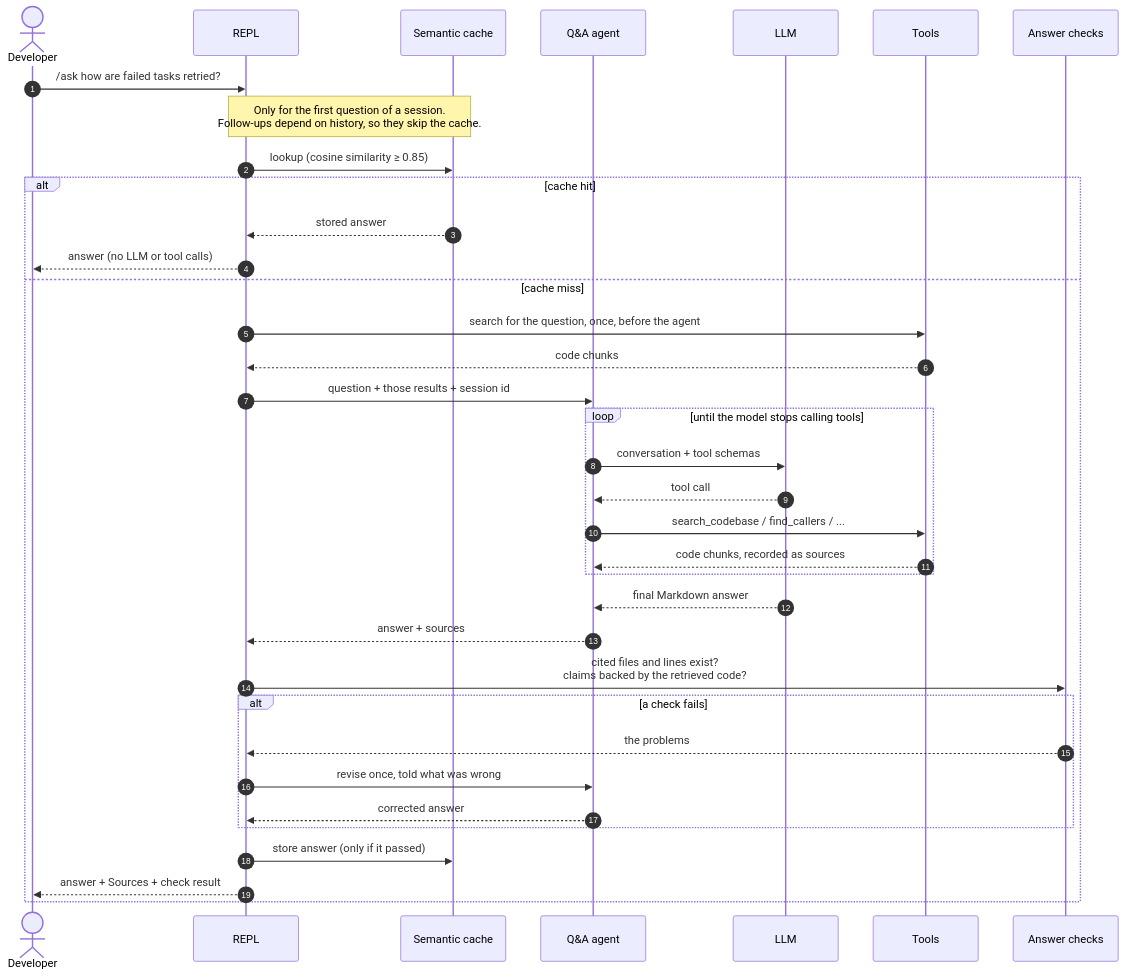
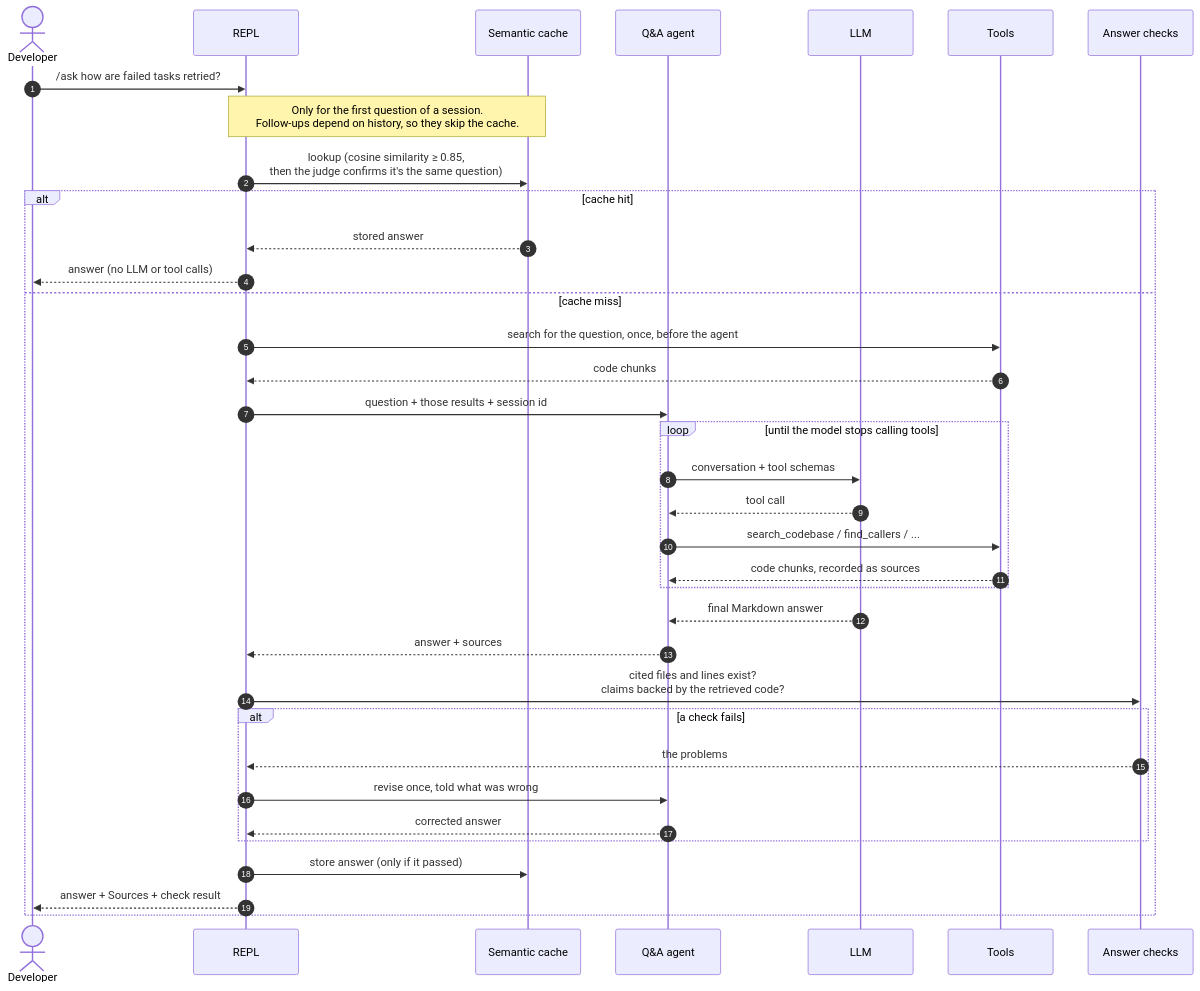
The second of 7 diagrams in docs/architecture.md (Parth-Babariya/RepoPilot), drawn with Mermaid before and after one commit. The commit also changed other lines of this file and 12 other files, not shown here.

````diff
--- a/docs/architecture.md
+++ b/docs/architecture.md
@@ -90,39 +90,39 @@
 ```mermaid
 sequenceDiagram
     autonumber
     actor U as Developer
     participant R as REPL
     participant C as Semantic cache
     participant A as Q&A agent
     participant L as LLM
     participant T as Tools
     participant V as Answer checks
 
     U->>R: /ask how are failed tasks retried?
     Note over R,C: Only for the first question of a session.<br/>Follow-ups depend on history, so they skip the cache.
-    R->>C: lookup (cosine similarity ≥ 0.85)
+    R->>C: lookup (cosine similarity ≥ 0.85,<br/>then the judge confirms it's the same question)
     alt cache hit
         C-->>R: stored answer
         R-->>U: answer (no LLM or tool calls)
     else cache miss
         R->>T: search for the question, once, before the agent
         T-->>R: code chunks
         R->>A: question + those results + session id
         loop until the model stops calling tools
             A->>L: conversation + tool schemas
             L-->>A: tool call
             A->>T: search_codebase / find_callers / ...
             T-->>A: code chunks, recorded as sources
         end
         L-->>A: final Markdown answer
         A-->>R: answer + sources
         R->>V: cited files and lines exist?<br/>claims backed by the retrieved code?
         alt a check fails
             V-->>R: the problems
             R->>A: revise once, told what was wrong
             A-->>R: corrected answer
         end
         R->>C: store answer (only if it passed)
         R-->>U: answer + Sources + check result
     end
 ```
````
